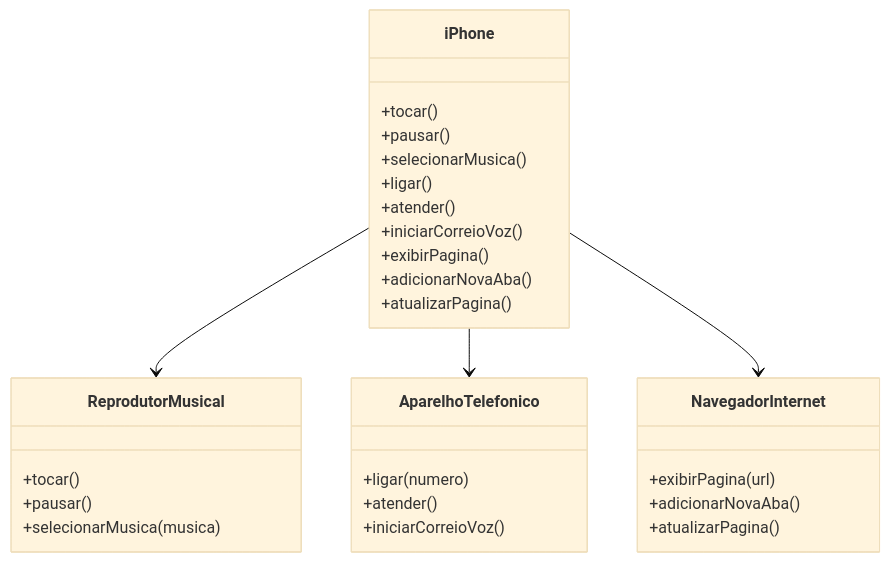
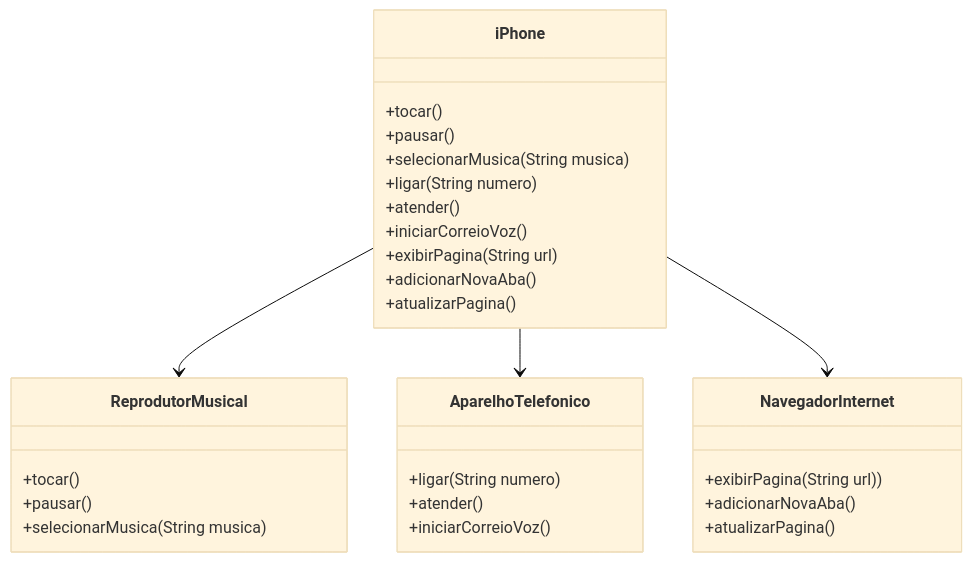
One commit to romildo-feliciano/dio-trilha-java-basico changed the diagram in desafio-poo/README.md. Above: the diagram before and after it, drawn with Mermaid (base theme).

````diff
--- a/desafio-poo/README.md
+++ b/desafio-poo/README.md
@@ -37,36 +37,36 @@
 ```mermaid
 classDiagram
     class ReprodutorMusical {
         +tocar()
         +pausar()
-        +selecionarMusica(musica)
+        +selecionarMusica(String musica)
     }
 
     class AparelhoTelefonico {
-        +ligar(numero)
+        +ligar(String numero)
         +atender()
         +iniciarCorreioVoz()
     }
 
     class NavegadorInternet {
-        +exibirPagina(url)
+        +exibirPagina(String url))
         +adicionarNovaAba()
         +atualizarPagina()
     }
 
     class iPhone {
         +tocar()
         +pausar()
-        +selecionarMusica()
-        +ligar()
+        +selecionarMusica(String musica)
+        +ligar(String numero)
         +atender()
         +iniciarCorreioVoz()
-        +exibirPagina()
+        +exibirPagina(String url)
         +adicionarNovaAba()
         +atualizarPagina()
     }
 
     iPhone --> ReprodutorMusical
     iPhone --> AparelhoTelefonico
     iPhone --> NavegadorInternet
 ```
````
